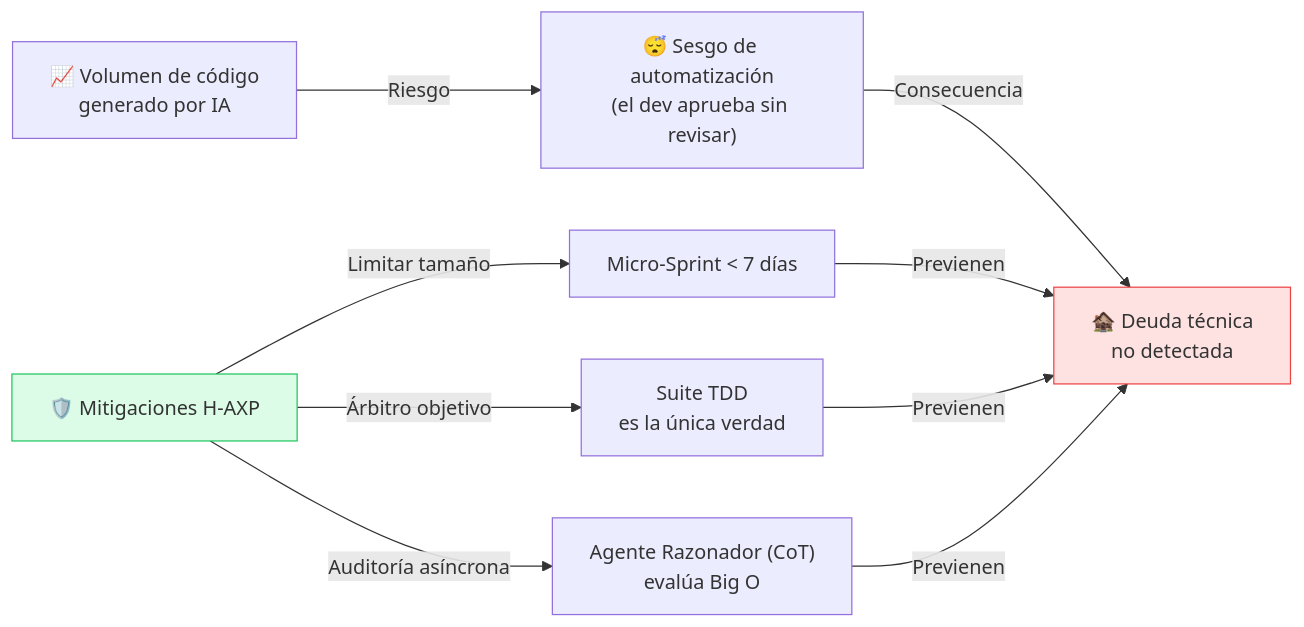
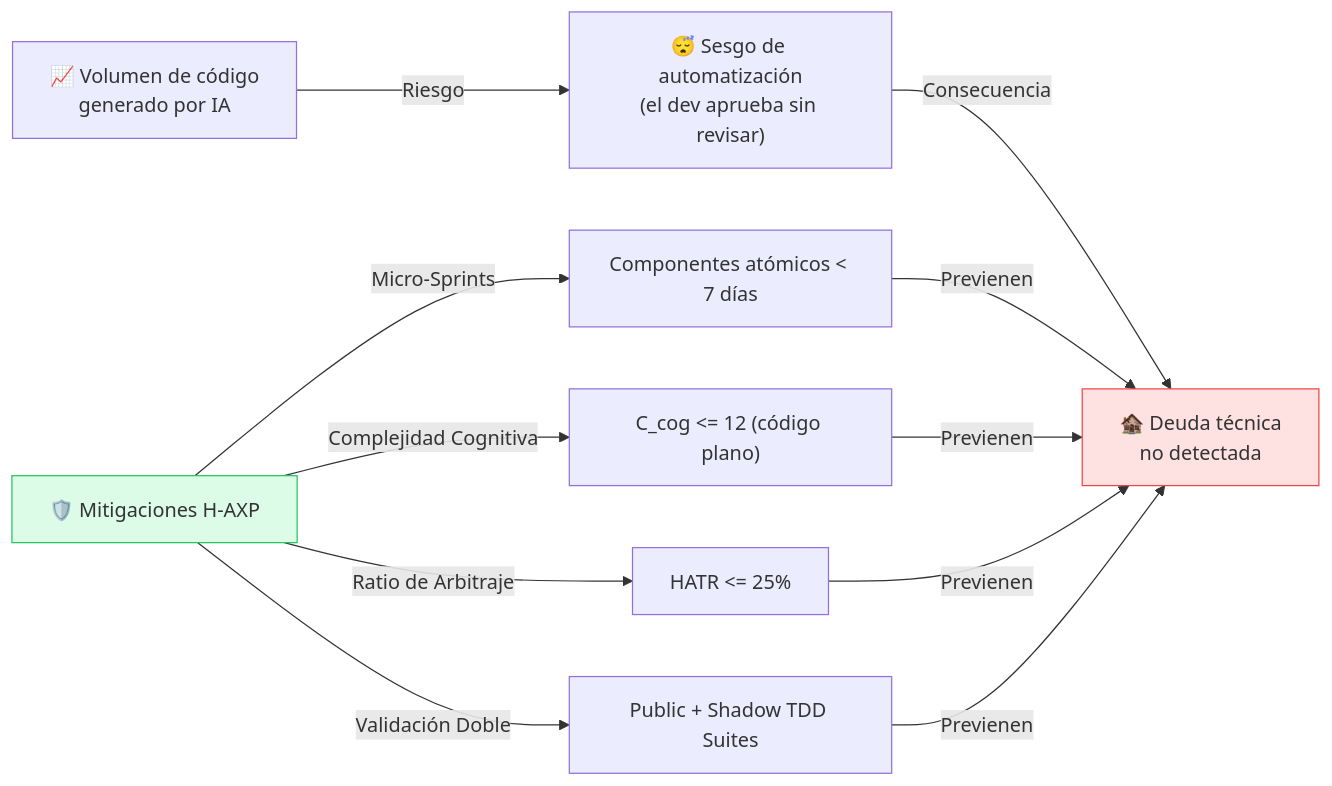
The second of 2 diagrams in docs/09-etica-propiedad-intelectual.md (brunoguzman-dev/H-AXP), drawn with Mermaid before and after one commit. The commit also changed other lines of this file and 20 other files, not shown here.

````diff
--- a/docs/09-etica-propiedad-intelectual.md
+++ b/docs/09-etica-propiedad-intelectual.md
@@ -56,14 +67,15 @@
 ```mermaid
 graph LR
     A["📈 Volumen de código\ngenerado por IA"] -->|"Riesgo"| B["😴 Sesgo de automatización\n(el dev aprueba sin revisar)"]
     B -->|"Consecuencia"| C["🏚️ Deuda técnica\nno detectada"]
     
-    D["🛡️ Mitigaciones H-AXP"] -->|"Limitar tamaño"| E["Micro-Sprint < 7 días"]
-    D -->|"Árbitro objetivo"| F["Suite TDD\nes la única verdad"]
-    D -->|"Auditoría asíncrona"| G["Agente Razonador (CoT)\nevalúa Big O"]
+    D["🛡️ Mitigaciones H-AXP"] -->|"Micro-Sprints"| E["Componentes atómicos < 7 días"]
+    D -->|"Complejidad Cognitiva"| F["C_cog <= 12 (código plano)"]
+    D -->|"Ratio de Arbitraje"| G["HATR <= 25%"]
+    D -->|"Validación Doble"| H["Public + Shadow TDD Suites"]
 
-    E & F & G -->|"Previenen"| C
+    E & F & G & H -->|"Previenen"| C
 
     style C fill:#fee2e2,stroke:#ef4444
     style D fill:#dcfce7,stroke:#22c55e
 ```
````
